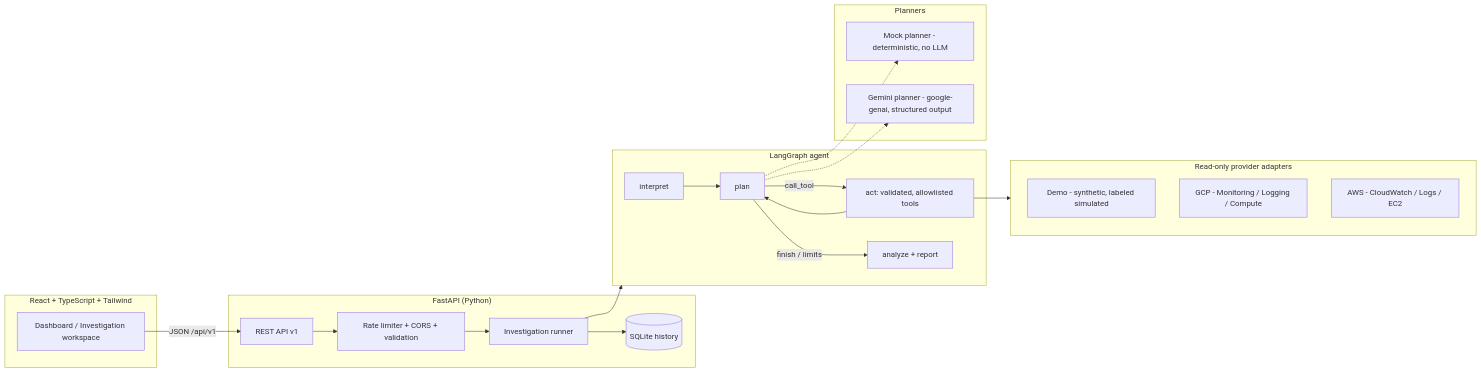
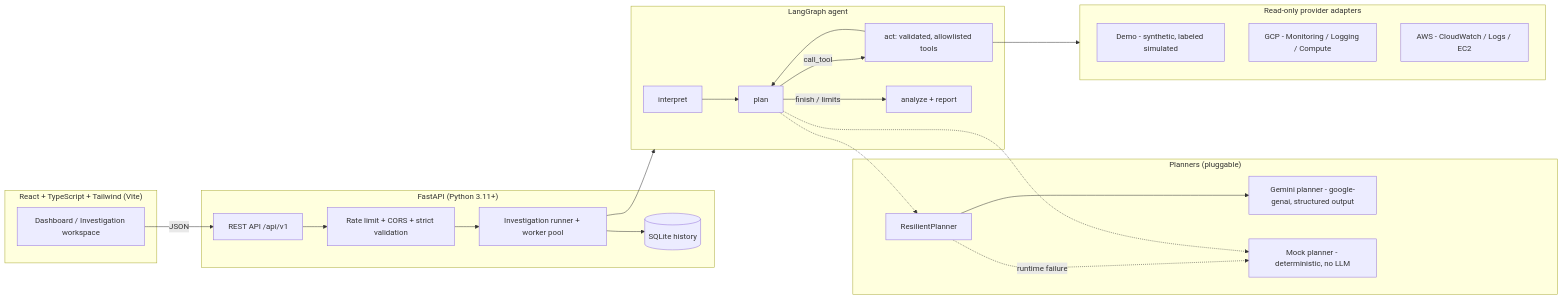
Before and after one commit to annadisandeep/cloudops-ai-agent: the diagram in README.md, drawn with Mermaid. The commit also changed other lines of this file and 4 other files, not shown here.

````diff
--- a/README.md
+++ b/README.md
@@ -19,36 +112,40 @@
 ```mermaid
 flowchart LR
-    subgraph Frontend["React + TypeScript + Tailwind"]
+    subgraph Frontend["React + TypeScript + Tailwind (Vite)"]
         UI[Dashboard / Investigation workspace]
     end
 
-    subgraph Backend["FastAPI (Python)"]
-        API[REST API v1]
-        RL[Rate limiter + CORS + validation]
-        RUN[Investigation runner]
+    subgraph Backend["FastAPI (Python 3.11+)"]
+        API[REST API /api/v1]
+        RL[Rate limit + CORS + strict validation]
+        RUN[Investigation runner + worker pool]
         DB[(SQLite history)]
     end
 
     subgraph Agent["LangGraph agent"]
         INT[interpret] --> PLAN[plan]
         PLAN -->|call_tool| ACT[act: validated, allowlisted tools]
         ACT --> PLAN
         PLAN -->|finish / limits| AN[analyze + report]
     end
 
-    subgraph Planners
+    subgraph Planners["Planners (pluggable)"]
+        RES[ResilientPlanner]
+        GEM[Gemini planner - google-genai, structured output]
         MOCK[Mock planner - deterministic, no LLM]
-        GEM[Gemini planner - google-genai, structured output]
+        RES --> GEM
+        RES -.->|runtime failure| MOCK
     end
 
     subgraph Providers["Read-only provider adapters"]
         DEMO[Demo - synthetic, labeled simulated]
         GCP[GCP - Monitoring / Logging / Compute]
         AWS[AWS - CloudWatch / Logs / EC2]
     end
 
-    UI -->|JSON /api/v1| API --> RL --> RUN --> Agent
-    PLAN -.-> MOCK & GEM
+    UI -->|JSON| API --> RL --> RUN --> Agent
+    PLAN -.-> RES
+    PLAN -.-> MOCK
     ACT --> Providers
     RUN --> DB
 ```
````
